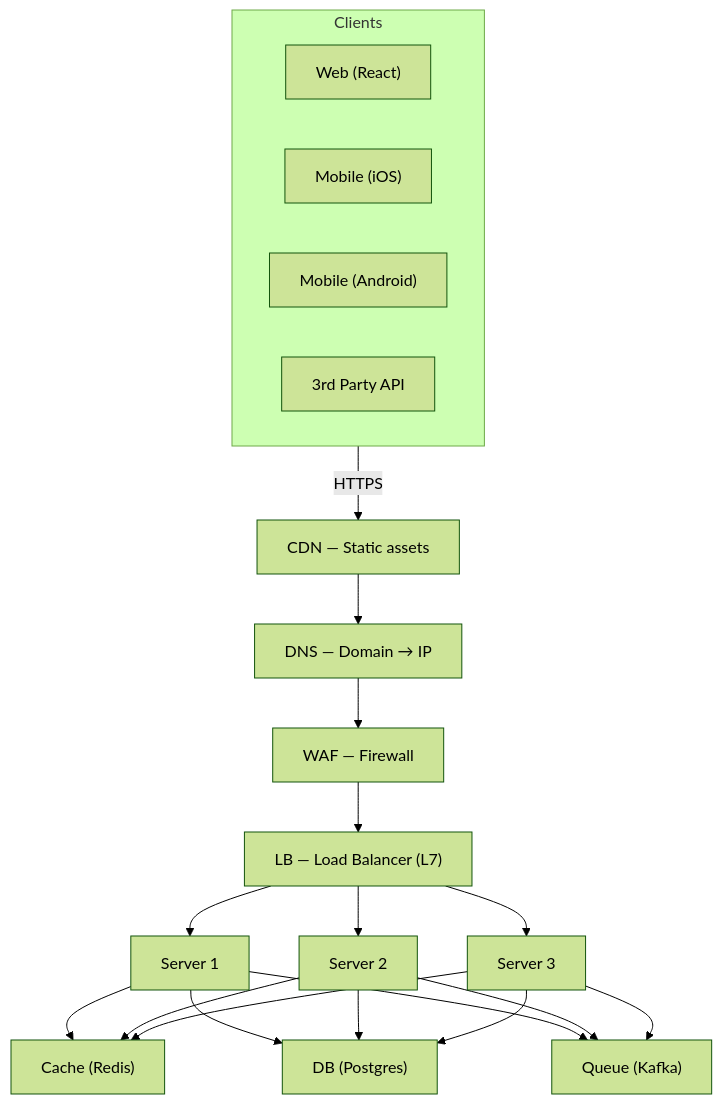
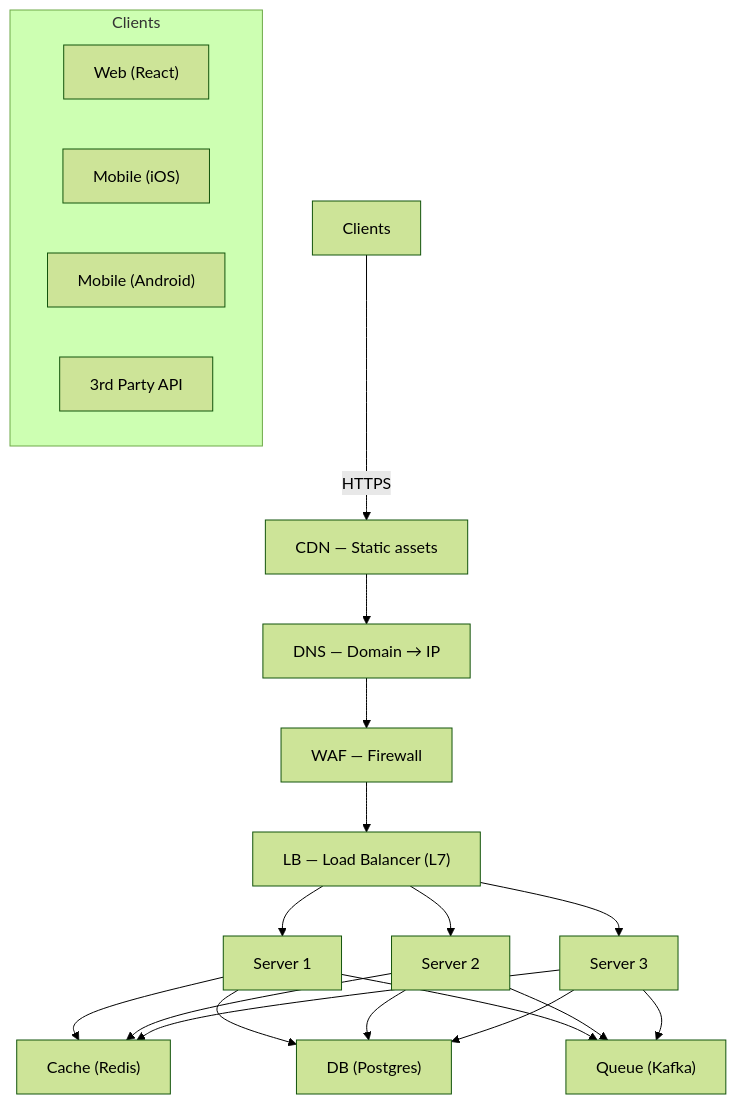
Before and after one commit to shivaram0583/system-design: diagram 18 of 20 in 01-fundamentals/02-client-server-architecture.md, drawn with Mermaid (forest theme). The commit also changed other lines of this file and 64 other files, not shown here.

````diff
--- a/01-fundamentals/02-client-server-architecture.md
+++ b/01-fundamentals/02-client-server-architecture.md
@@ -549,25 +549,25 @@
 ```mermaid
 flowchart TD
-    subgraph Clients
+    subgraph SG1["Clients"]
         Web["Web (React)"]
         iOS["Mobile (iOS)"]
         Android["Mobile (Android)"]
         API["3rd Party API"]
     end
     Clients -->|HTTPS| CDN["CDN — Static assets"]
     CDN --> DNS["DNS — Domain → IP"]
     DNS --> WAF["WAF — Firewall"]
     WAF --> LB["LB — Load Balancer (L7)"]
     LB --> S1[Server 1]
     LB --> S2[Server 2]
     LB --> S3[Server 3]
     S1 --> Cache["Cache (Redis)"]
     S2 --> Cache["Cache (Redis)"]
     S3 --> Cache["Cache (Redis)"]
     S1 --> DB["DB (Postgres)"]
     S2 --> DB["DB (Postgres)"]
     S3 --> DB["DB (Postgres)"]
     S1 --> Queue["Queue (Kafka)"]
     S2 --> Queue["Queue (Kafka)"]
     S3 --> Queue["Queue (Kafka)"]
 ```
````
